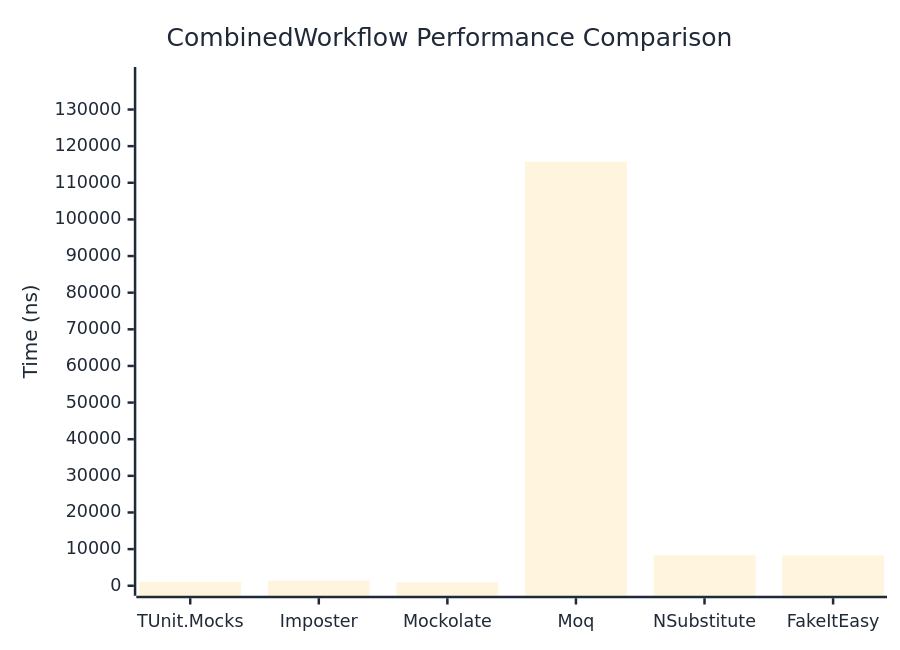
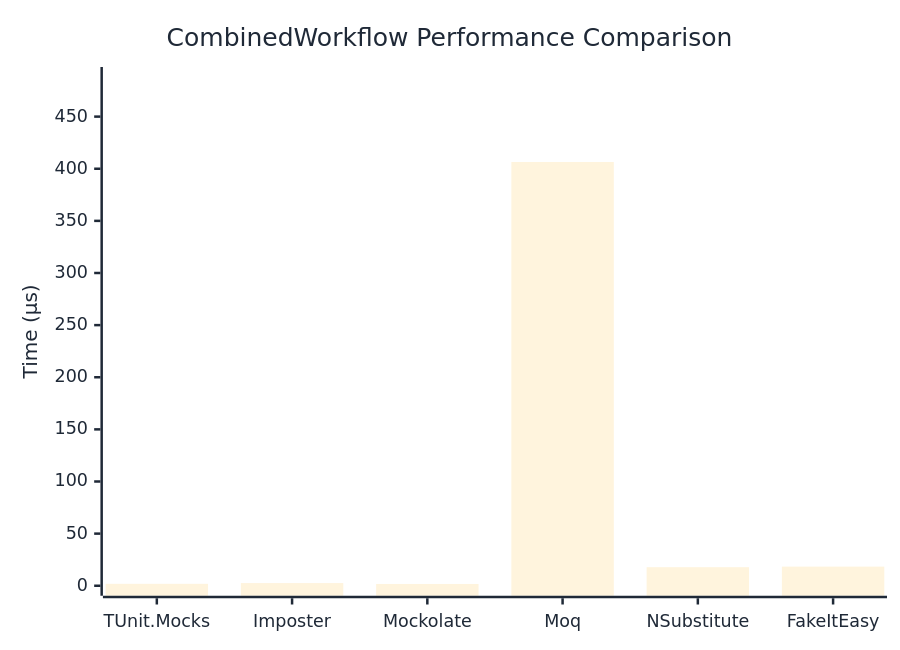
The diagram in docs/docs/benchmarks/mocks/CombinedWorkflow.md (thomhurst/TUnit), drawn with Mermaid before and after one commit. The commit also changed other lines of this file and 14 other files, not shown here.

````diff
--- a/docs/docs/benchmarks/mocks/CombinedWorkflow.md
+++ b/docs/docs/benchmarks/mocks/CombinedWorkflow.md
@@ -30,27 +30,27 @@
 ```mermaid
 %%{init: {
   'theme':'base',
   'themeVariables': {
     'primaryColor': '#2563eb',
     'primaryTextColor': '#1f2937',
     'primaryBorderColor': '#1e40af',
     'lineColor': '#6b7280',
     'secondaryColor': '#7c3aed',
     'tertiaryColor': '#dc2626',
     'background': '#ffffff',
     'pie1': '#2563eb',
     'pie2': '#7c3aed',
     'pie3': '#dc2626',
     'pie4': '#f59e0b',
     'pie5': '#10b981',
     'pie6': '#06b6d4',
     'pie7': '#ec4899',
     'pie8': '#6366f1'
   }
 }}%%
 xychart-beta
   title "CombinedWorkflow Performance Comparison"
   x-axis ["TUnit.Mocks", "Imposter", "Mockolate", "Moq", "NSubstitute", "FakeItEasy"]
-  y-axis "Time (ns)" 0 --> 138874
-  bar [1051, 1394.8, 936.9, 115727.8, 8308.9, 8260.3]
+  y-axis "Time (μs)" 0 --> 488
+  bar [1.838, 2.579, 1.723, 406.46, 17.813, 18.355]
 ```
````
